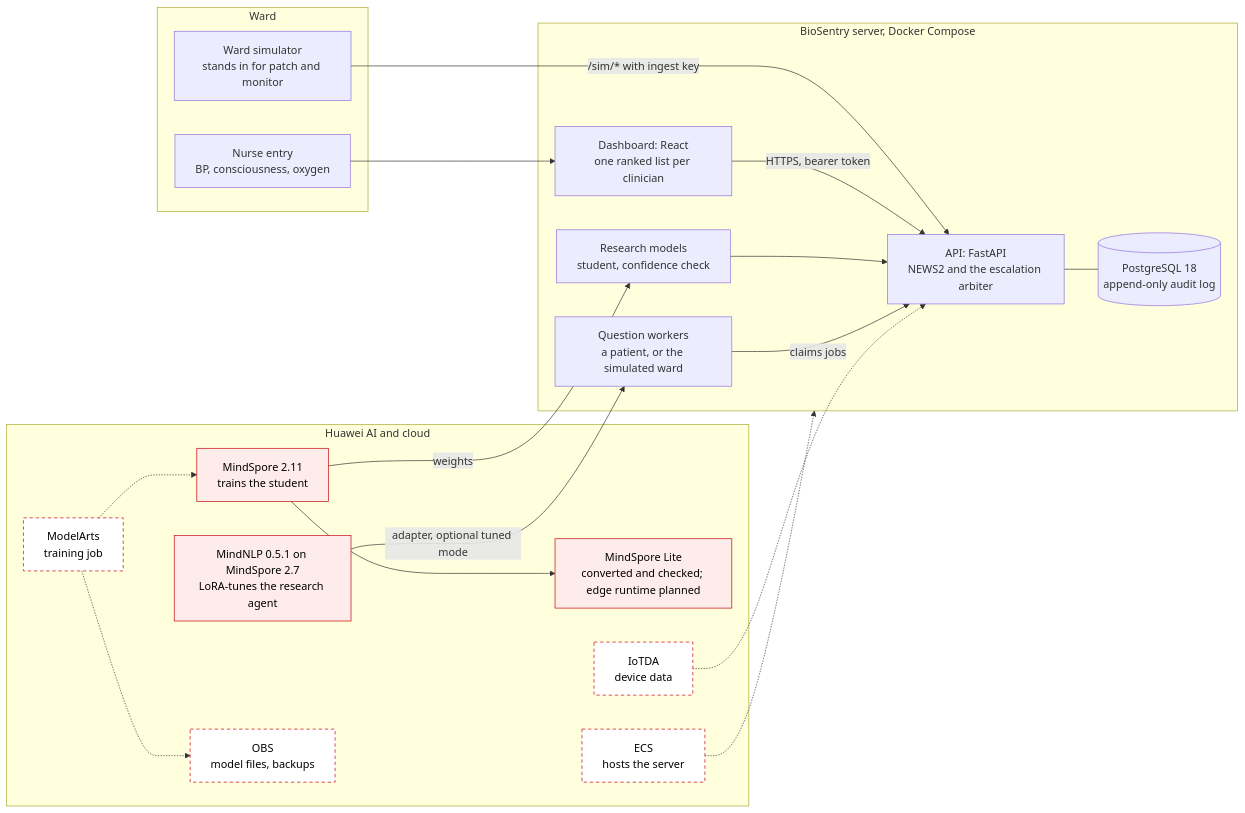
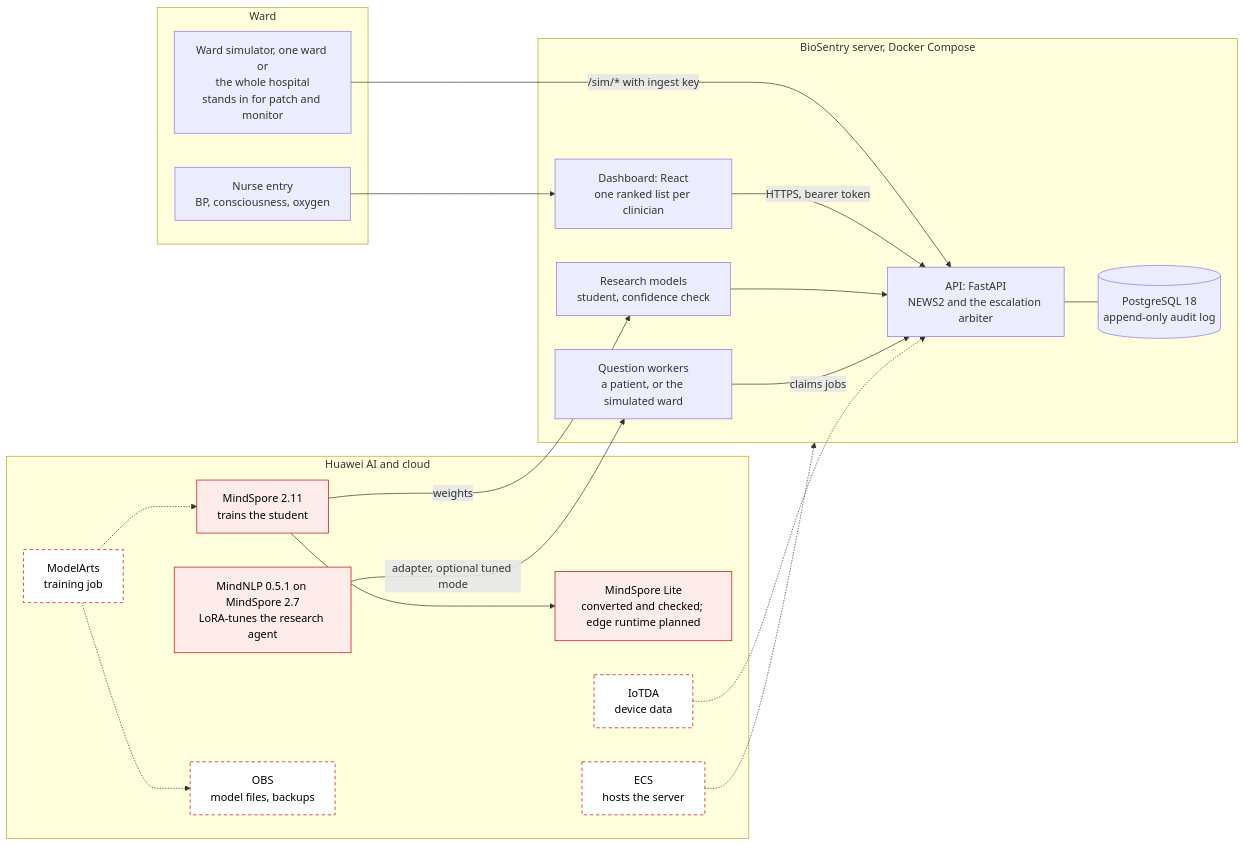
One commit to kitchen-station/BioSentry-Intelligence changed the diagram in README.md. Above: the diagram before and after it, drawn with Mermaid. The commit also changed other lines of this file and 2 other files, not shown here.

First line of the commit message:
docs: describe the whole hospital as it runs now

````diff
--- a/README.md
+++ b/README.md
@@ -81,40 +81,40 @@
 ```mermaid
 flowchart LR
   subgraph ward["Ward"]
-    sim["Ward simulator<br/>stands in for patch and monitor"]
+    sim["Ward simulator, one ward or<br/>the whole hospital<br/>stands in for patch and monitor"]
     nurse["Nurse entry<br/>BP, consciousness, oxygen"]
   end
   subgraph server["BioSentry server, Docker Compose"]
     api["API: FastAPI<br/>NEWS2 and the escalation arbiter"]
     models["Research models<br/>student, confidence check"]
     db[("PostgreSQL 18<br/>append-only audit log")]
     web["Dashboard: React<br/>one ranked list per clinician"]
     agent["Question workers<br/>a patient, or the simulated ward"]
   end
   subgraph huawei["Huawei AI and cloud"]
     ms["MindSpore 2.11<br/>trains the student"]
     lite["MindSpore Lite<br/>converted and checked; edge runtime planned"]
     nlp["MindNLP 0.5.1 on MindSpore 2.7<br/>LoRA-tunes the research agent"]
     ma["ModelArts<br/>training job"]
     obs["OBS<br/>model files, backups"]
     ecs["ECS<br/>hosts the server"]
     iot["IoTDA<br/>device data"]
   end
   sim -- "/sim/* with ingest key" --> api
   nurse --> web
   web -- "HTTPS, bearer token" --> api
   api --- db
   models --> api
   ms -- "weights" --> models
   ms --> lite
   agent -- "claims jobs" --> api
   nlp -- "adapter, optional tuned mode" --> agent
   ma -.-> ms
   ma -.-> obs
   ecs -.-> server
   iot -.-> api
   classDef used fill:#fdecea,stroke:#c7000b,color:#000
   classDef planned fill:#ffffff,stroke:#c7000b,stroke-dasharray:5 4,color:#000
   class ms,lite,nlp used
   class ma,obs,ecs,iot planned
 ```
````
